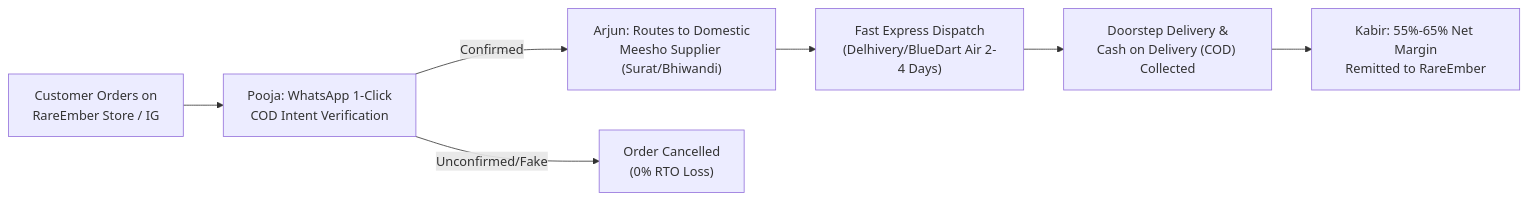
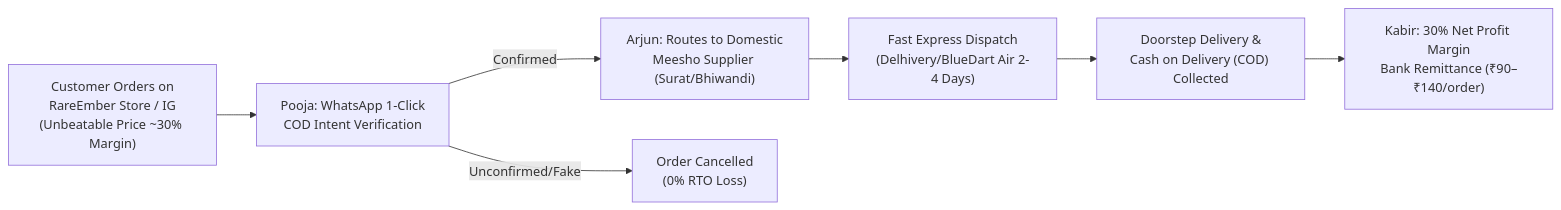
Before and after one commit to nothing12837-lang/hermes-dropship-ceo: the diagram in RADHA_MEMORY/MEESHO_DROPSHIPPING_OPERATING_MANUAL.md, drawn with Mermaid. The commit also changed other lines of this file and 5 other files, not shown here.

Commit message:
feat(pricing): implement 30% net profit margin penetration strategy and persist across team memory

````diff
--- a/RADHA_MEMORY/MEESHO_DROPSHIPPING_OPERATING_MANUAL.md
+++ b/RADHA_MEMORY/MEESHO_DROPSHIPPING_OPERATING_MANUAL.md
@@ -12,9 +13,9 @@
 ```mermaid
 flowchart LR
-    A["Customer Orders on<br/>RareEmber Store / IG"] --> B["Pooja: WhatsApp 1-Click<br/>COD Intent Verification"]
+    A["Customer Orders on<br/>RareEmber Store / IG<br/>(Unbeatable Price ~30% Margin)"] --> B["Pooja: WhatsApp 1-Click<br/>COD Intent Verification"]
     B -->|Confirmed| C["Arjun: Routes to Domestic<br/>Meesho Supplier (Surat/Bhiwandi)"]
     C --> D["Fast Express Dispatch<br/>(Delhivery/BlueDart Air 2-4 Days)"]
     D --> E["Doorstep Delivery &<br/>Cash on Delivery (COD) Collected"]
-    E --> F["Kabir: 55%-65% Net Margin<br/>Remitted to RareEmber"]
+    E --> F["Kabir: 30% Net Profit Margin<br/>Bank Remittance (₹90–₹140/order)"]
     B -->|Unconfirmed/Fake| G["Order Cancelled<br/>(0% RTO Loss)"]
 ```
````
